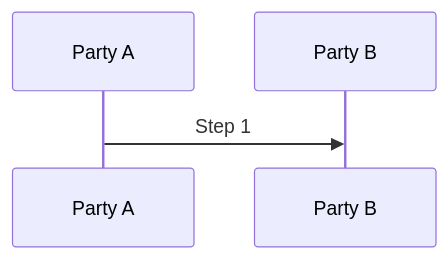
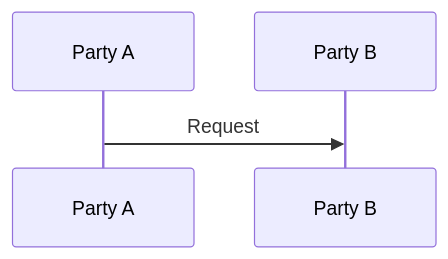
One commit to 0-draft/identity-deep-dive changed the diagram in templates/deep-dive/README.md. Above: the diagram before and after it, drawn with Mermaid.

Commit message:
docs(templates): unnumbered label in the deep-dive diagram example

````diff
--- a/templates/deep-dive/README.md
+++ b/templates/deep-dive/README.md
@@ -11,6 +11,6 @@
 ```mermaid
 sequenceDiagram
     participant A as Party A
     participant B as Party B
-    A->>B: Step 1
+    A->>B: Request
 ```
````
